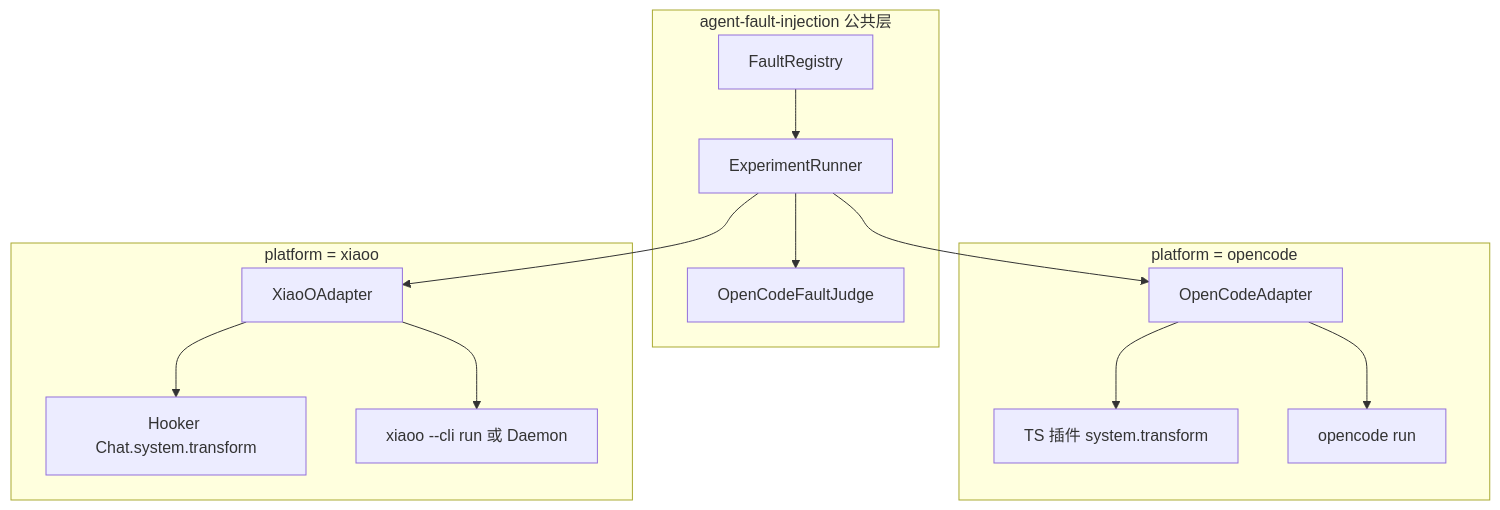
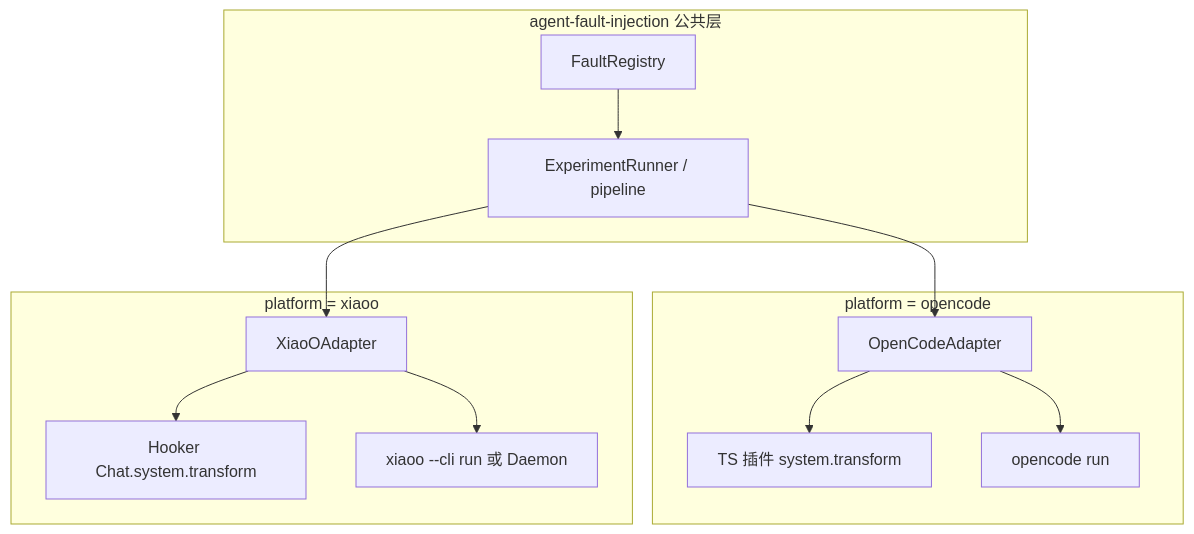
One commit to openeuler-mirror/agent-insight changed the third of 4 diagrams in docs/agent-fault-injection/designs/xiaoo-platform-adaptation.md. Above: the diagram before and after it, drawn with Mermaid. The commit also changed other lines of this file and 200 other files, not shown here.

First line of the commit message:
feat(fi): 扁平化 agent_fault_injection 并去掉本机 Judge

````diff
--- a/docs/agent-fault-injection/designs/xiaoo-platform-adaptation.md
+++ b/docs/agent-fault-injection/designs/xiaoo-platform-adaptation.md
@@ -170,27 +170,25 @@
 ```mermaid
 flowchart TB
   subgraph common [agent-fault-injection 公共层]
-    R[ExperimentRunner]
+    R[ExperimentRunner / pipeline]
     FR[FaultRegistry]
-    J[OpenCodeFaultJudge]
   end
 
   subgraph oc [platform = opencode]
     OA[OpenCodeAdapter]
     TS[TS 插件 system.transform]
     OR["opencode run"]
   end
 
   subgraph xo [platform = xiaoo]
     XA[XiaoOAdapter]
     HK[Hooker Chat.system.transform]
     XR["xiaoo --cli run 或 Daemon"]
   end
 
   R --> OA --> OR
   R --> XA --> XR
   OA --> TS
   XA --> HK
   FR --> R
-  R --> J
 ```
````
